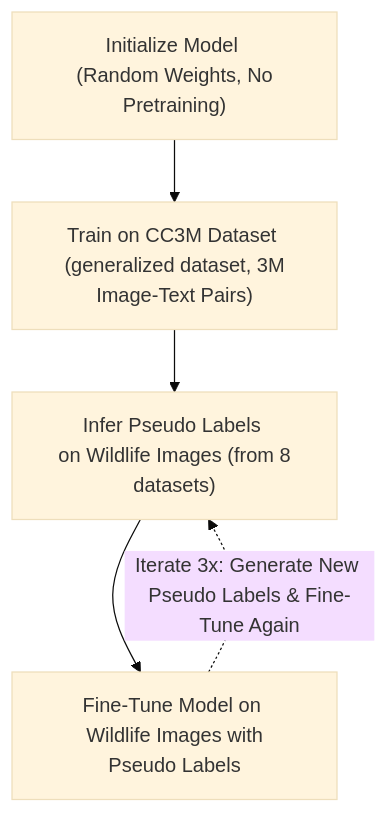
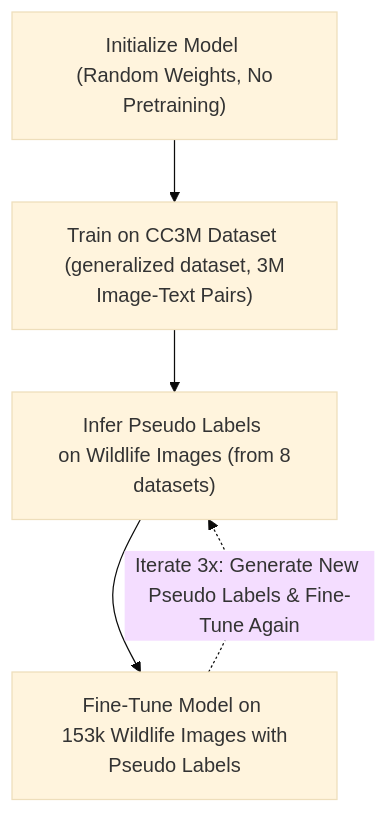
Before and after one commit to stanleyjzheng/cerebro: the diagram in README.md, drawn with Mermaid (base theme). The commit also changed other lines of this file and 5 other files, not shown here.

````diff
--- a/README.md
+++ b/README.md
@@ -20,7 +39,7 @@
 ```mermaid
 graph TD
     A["Initialize Model <br> (Random Weights, No Pretraining)"] --> B["Train on CC3M Dataset <br> (generalized dataset, 3M Image-Text Pairs)"]
     B --> C["Infer Pseudo Labels <br> on Wildlife Images (from 8 datasets)"]
-    C --> D["Fine-Tune Model on <br> Wildlife Images with Pseudo Labels"]
+    C --> D["Fine-Tune Model on <br> 153k Wildlife Images with Pseudo Labels"]
     D -.->|Iterate 3x: Generate New Pseudo Labels & Fine-Tune Again| C
 ```
````
